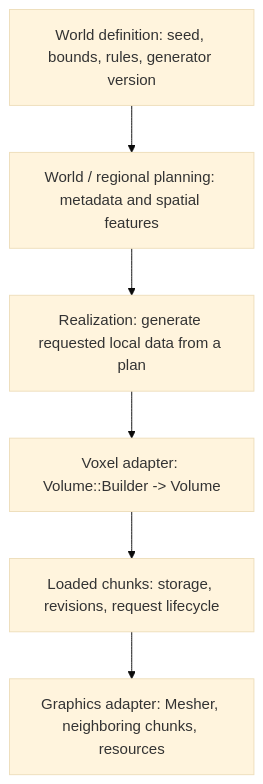
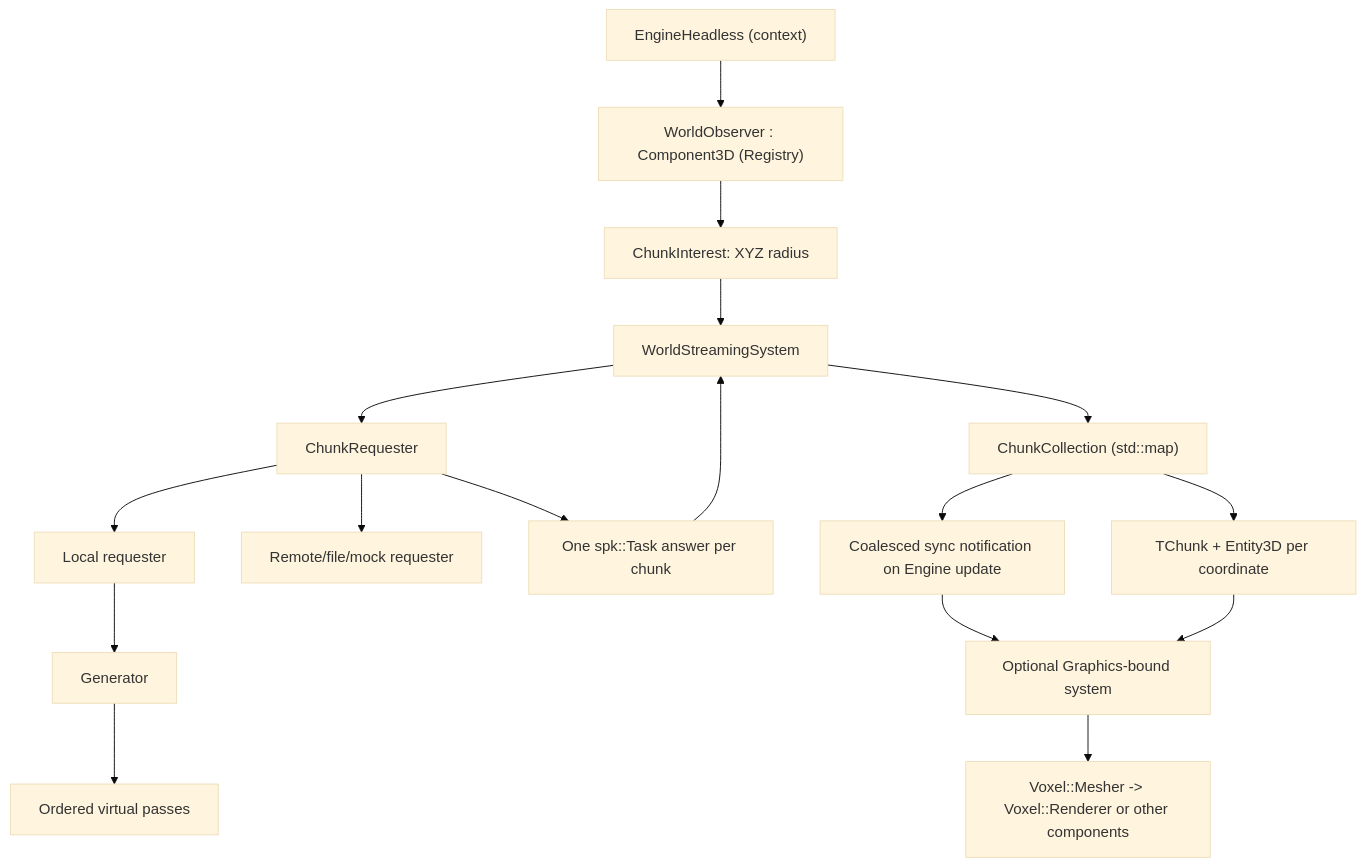
One commit to EreliaStudio/Sparkle changed the diagram in docs/world-generation-v0.1.5/architecture.md. Above: the diagram before and after it, drawn with Mermaid (base theme). The commit also changed other lines of this file and 29 other files, not shown here.

Commit message:
docs(v0.1.5): align world-generation plan with agreed chunk architecture

```diff
--- a/docs/world-generation-v0.1.5/architecture.md
+++ b/docs/world-generation-v0.1.5/architecture.md
@@ -5,10 +7,18 @@
 ~~~mermaid
-flowchart TB
-  D["World definition: seed, bounds, rules, generator version"]
-  P["World / regional planning: metadata and spatial features"]
-  R["Realization: generate requested local data from a plan"]
-  C["Loaded chunks: storage, revisions, request lifecycle"]
-  V["Voxel adapter: Volume::Builder -> Volume"]
-  G["Graphics adapter: Mesher, neighboring chunks, resources"]
-  D --> P --> R --> V --> C --> G
+flowchart TD
+    E["EngineHeadless (context)"] --> O["WorldObserver : Component3D (Registry)"]
+    O --> I["ChunkInterest: XYZ radius"]
+    I --> S["WorldStreamingSystem<TChunk>"]
+    S --> R["ChunkRequester<TChunk>"]
+    R --> L["Local requester"] & N["Remote/file/mock requester"]
+    L --> G["Generator<TChunk, TGenerationData>"]
+    G --> P["Ordered virtual passes"]
+    R --> T["One spk::Task answer per chunk"]
+    T --> S
+    S --> C["ChunkCollection<TChunk> (std::map)"]
+    C --> X["TChunk + Entity3D per coordinate"]
+    C --> Q["Coalesced sync notification on Engine update"]
+    Q --> V["Optional Graphics-bound system"]
+    X --> V
+    V --> RC["Voxel::Mesher -> Voxel::Renderer or other components"]
 ~~~
```
